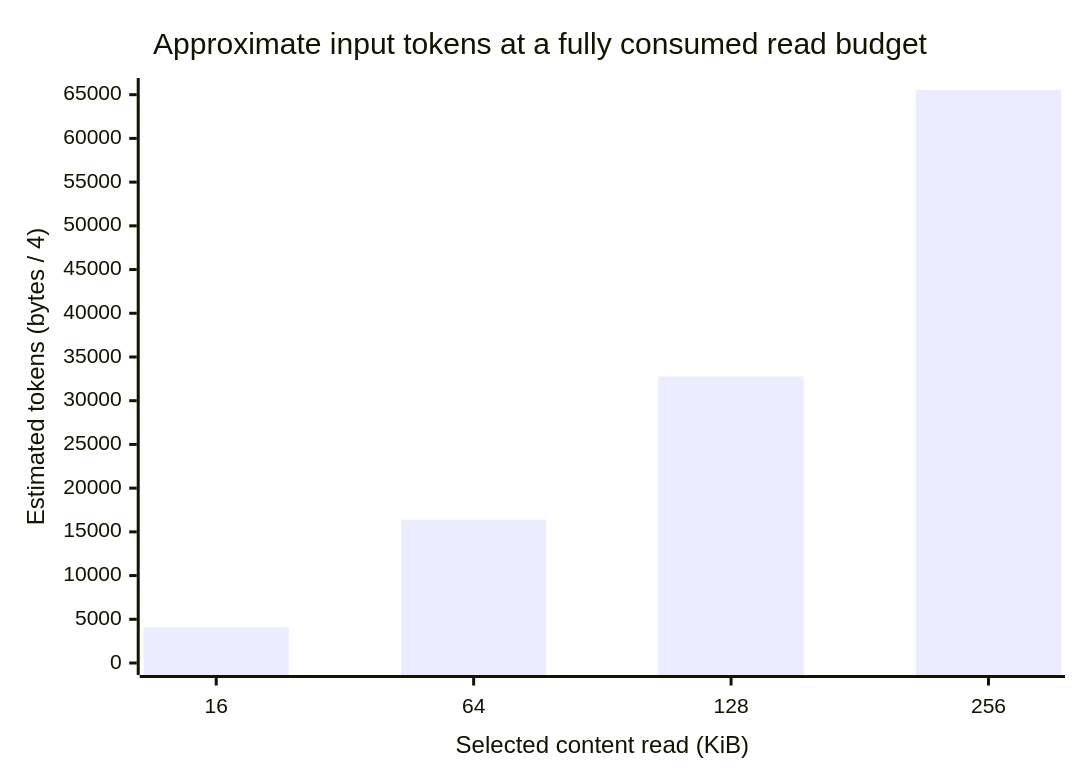
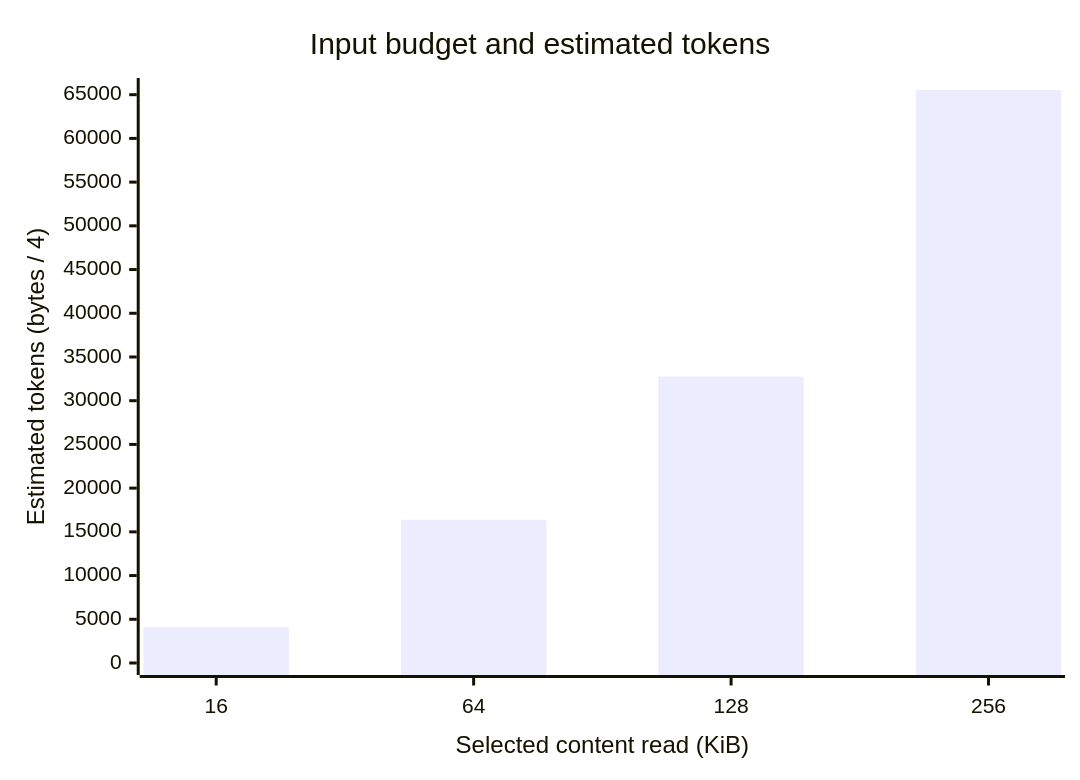
One commit to reyu110/ContextPilot changed the third of 4 diagrams in README.md. Above: the diagram before and after it, drawn with Mermaid. The commit also changed other lines of this file, not shown here.

Commit message:
Keep README chart titles readable in narrow views

````diff
--- a/README.md
+++ b/README.md
@@ -204,7 +204,7 @@
 ```mermaid
 xychart-beta
-    title "Approximate input tokens at a fully consumed read budget"
+    title "Input budget and estimated tokens"
     x-axis "Selected content read (KiB)" [16, 64, 128, 256]
     y-axis "Estimated tokens (bytes / 4)" 0 --> 65536
     bar [4096, 16384, 32768, 65536]
 ```
````
